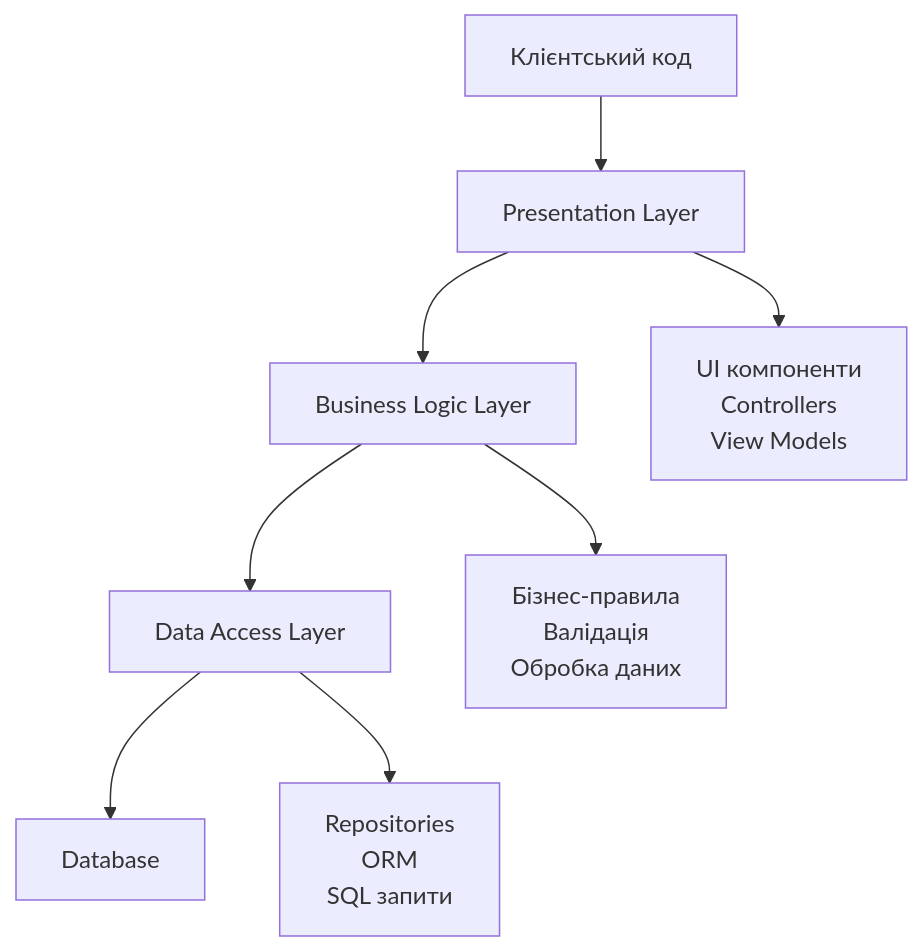
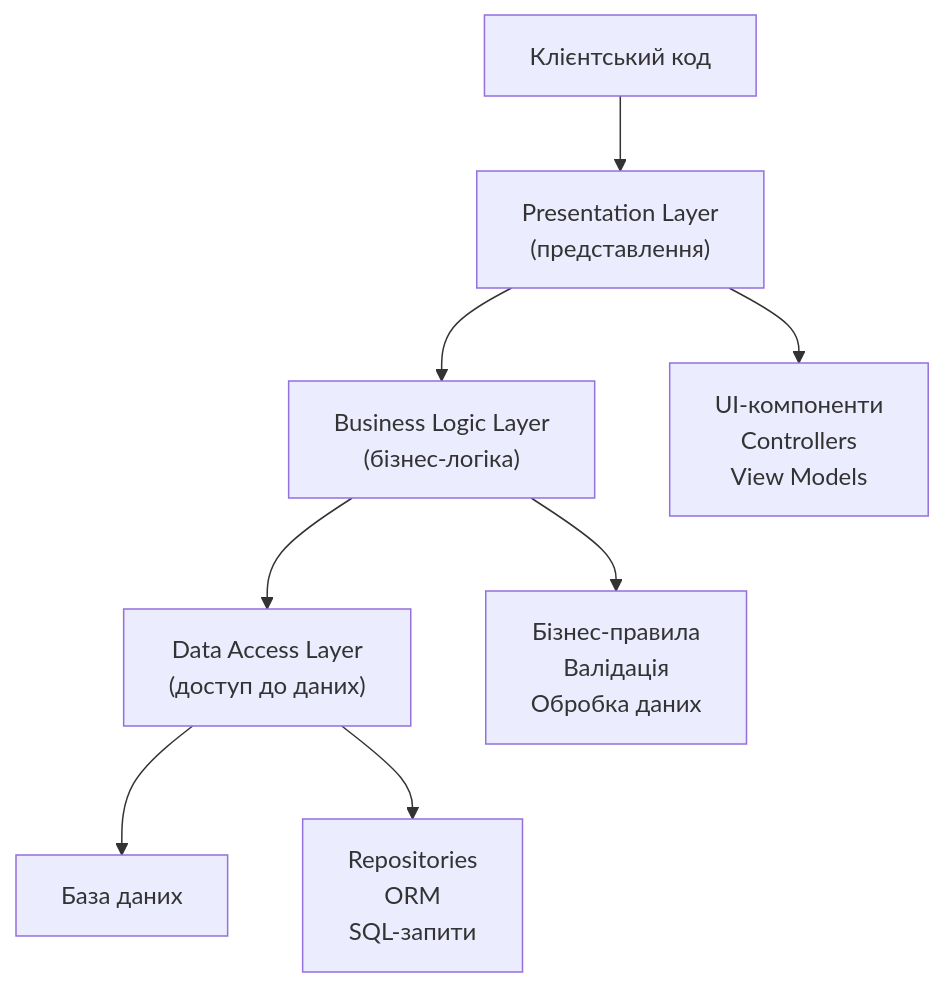
One commit to olroi421/course-opi-v2 changed the fourth of 8 diagrams in lectures/lecture-09.md. Above: the diagram before and after it, drawn with Mermaid. The commit also changed other lines of this file and 10 other files, not shown here.

````diff
--- a/lectures/lecture-09.md
+++ b/lectures/lecture-09.md
@@ -150,12 +200,12 @@
 ```mermaid
 graph TB
-    A[Presentation Layer] --> B[Business Logic Layer]
-    B --> C[Data Access Layer]
-    C --> D[Database]
+    A["Presentation Layer<br/>(представлення)"] --> B["Business Logic Layer<br/>(бізнес-логіка)"]
+    B --> C["Data Access Layer<br/>(доступ до даних)"]
+    C --> D["База даних"]
 
-    E[Клієнтський код] --> A
+    E["Клієнтський код"] --> A
 
-    A --> F[UI компоненти<br/>Controllers<br/>View Models]
-    B --> G[Бізнес-правила<br/>Валідація<br/>Обробка даних]
-    C --> H[Repositories<br/>ORM<br/>SQL запити]
+    A --> F["UI-компоненти<br/>Controllers<br/>View Models"]
+    B --> G["Бізнес-правила<br/>Валідація<br/>Обробка даних"]
+    C --> H["Repositories<br/>ORM<br/>SQL-запити"]
 ```
````
